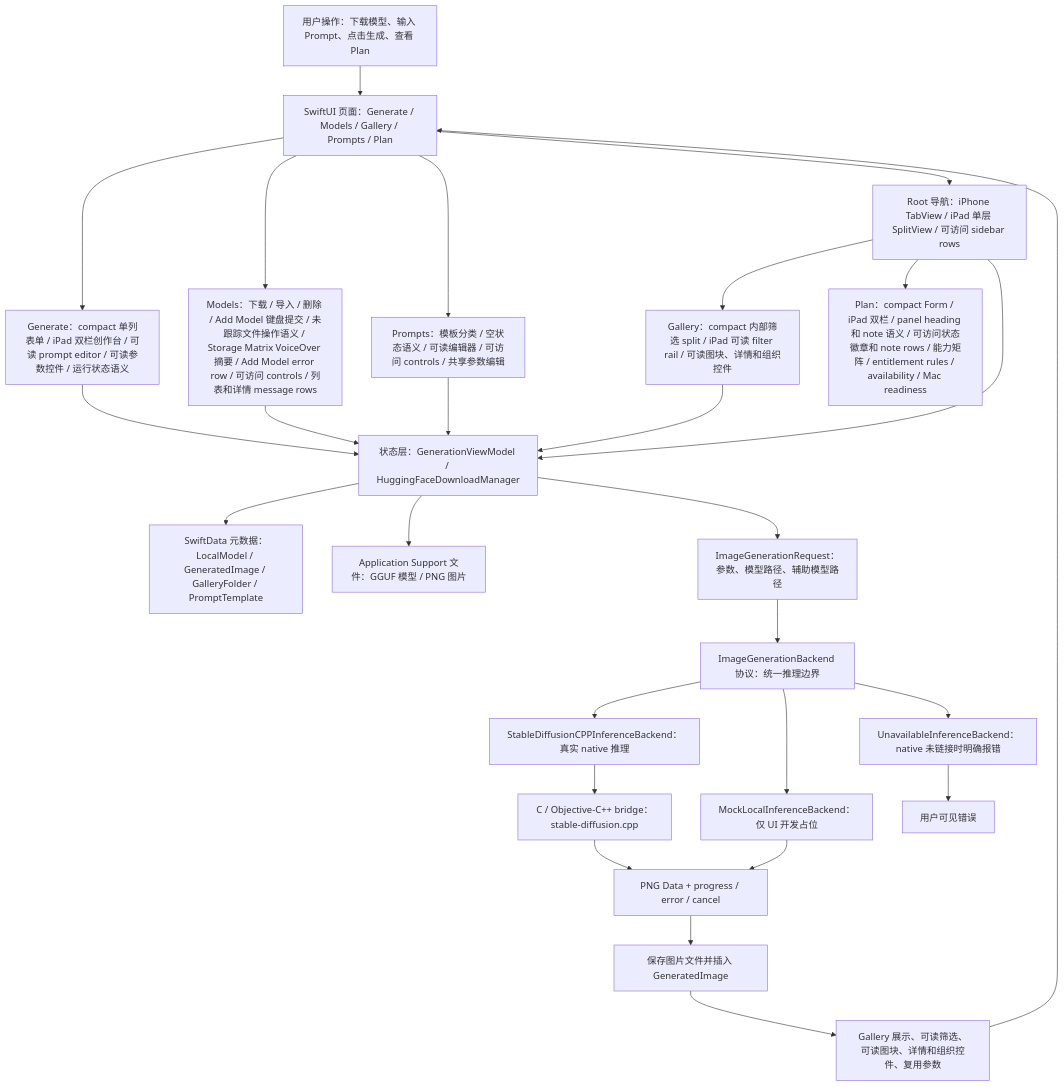
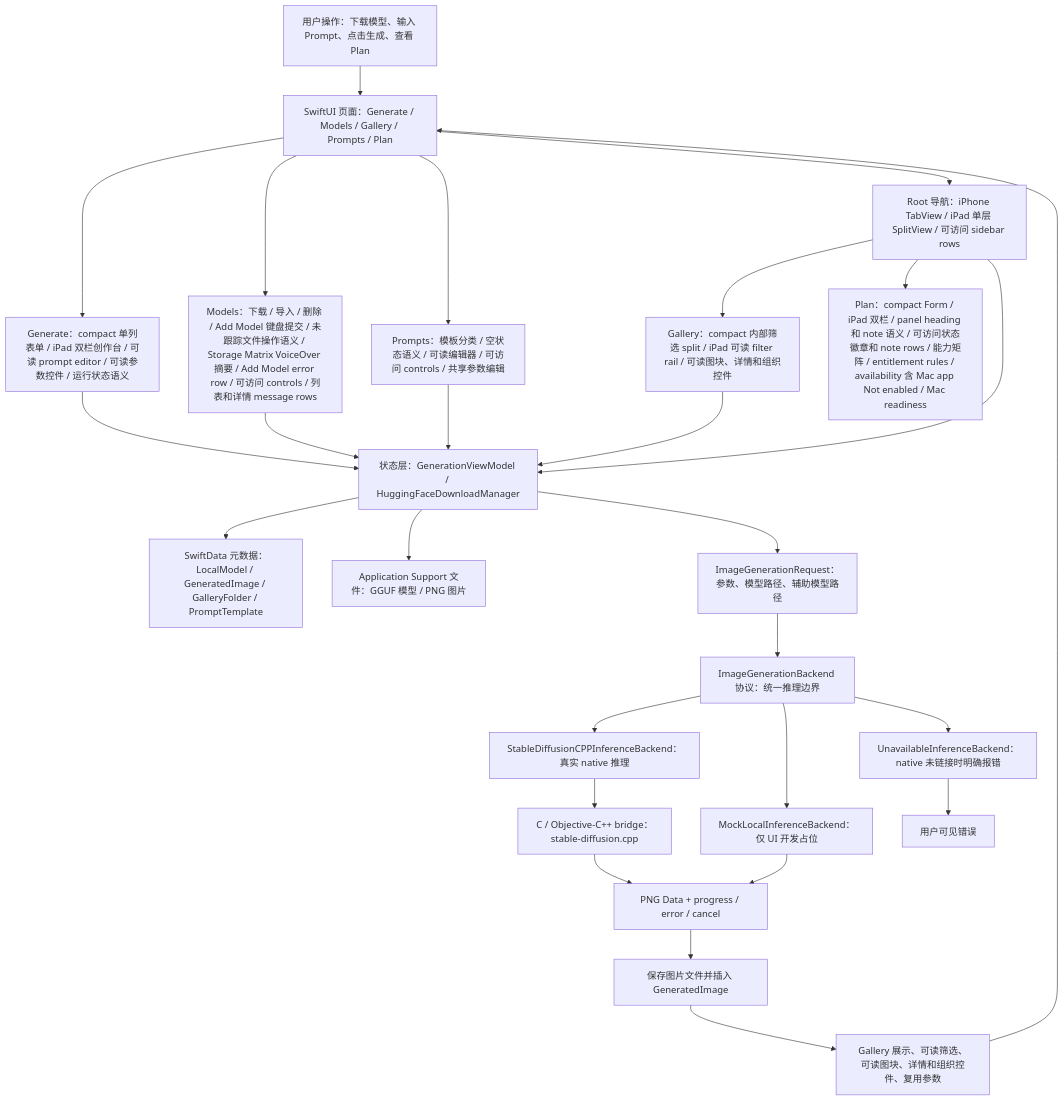
Before and after one commit to Altman-sam114/118: the first of 7 diagrams in md/flow/flowchart.md, drawn with Mermaid. The commit also changed 5 other files, not shown here.

First line of the commit message:
v1.32: Plan Mac availability status

````diff
--- a/md/flow/flowchart.md
+++ b/md/flow/flowchart.md
@@ -9,29 +9,29 @@
 ```mermaid
 flowchart TD
   U["用户操作：下载模型、输入 Prompt、点击生成、查看 Plan"] --> UI["SwiftUI 页面：Generate / Models / Gallery / Prompts / Plan"]
   UI --> GENUI["Generate：compact 单列表单 / iPad 双栏创作台 / 可读 prompt editor / 可读参数控件 / 运行状态语义"]
   UI --> MODELUI["Models：下载 / 导入 / 删除 / Add Model 键盘提交 / 未跟踪文件操作语义 / Storage Matrix VoiceOver 摘要 / Add Model error row / 可访问 controls / 列表和详情 message rows"]
   UI --> PROMPTUI["Prompts：模板分类 / 空状态语义 / 可读编辑器 / 可访问 controls / 共享参数编辑"]
   UI --> NAV["Root 导航：iPhone TabView / iPad 单层 SplitView / 可访问 sidebar rows"]
   NAV --> GALUI["Gallery：compact 内部筛选 split / iPad 可读 filter rail / 可读图块、详情和组织控件"]
-  NAV --> PLANUI["Plan：compact Form / iPad 双栏 / panel heading 和 note 语义 / 可访问状态徽章和 note rows / 能力矩阵 / entitlement rules / availability / Mac readiness"]
+  NAV --> PLANUI["Plan：compact Form / iPad 双栏 / panel heading 和 note 语义 / 可访问状态徽章和 note rows / 能力矩阵 / entitlement rules / availability 含 Mac app Not enabled / Mac readiness"]
   NAV --> VM["状态层：GenerationViewModel / HuggingFaceDownloadManager"]
   GENUI --> VM
   MODELUI --> VM
   PROMPTUI --> VM
   GALUI --> VM
   VM --> SD["SwiftData 元数据：LocalModel / GeneratedImage / GalleryFolder / PromptTemplate"]
   VM --> FS["Application Support 文件：GGUF 模型 / PNG 图片"]
   VM --> REQ["ImageGenerationRequest：参数、模型路径、辅助模型路径"]
   REQ --> IFACE["ImageGenerationBackend 协议：统一推理边界"]
   IFACE --> NATIVE["StableDiffusionCPPInferenceBackend：真实 native 推理"]
   IFACE --> MOCK["MockLocalInferenceBackend：仅 UI 开发占位"]
   IFACE --> OFF["UnavailableInferenceBackend：native 未链接时明确报错"]
   NATIVE --> BRIDGE["C / Objective-C++ bridge：stable-diffusion.cpp"]
   BRIDGE --> PNG["PNG Data + progress / error / cancel"]
   MOCK --> PNG
   OFF --> ERR["用户可见错误"]
   PNG --> SAVE["保存图片文件并插入 GeneratedImage"]
   SAVE --> GALLERY["Gallery 展示、可读筛选、可读图块、详情和组织控件、复用参数"]
   GALLERY --> UI
 ```
````
